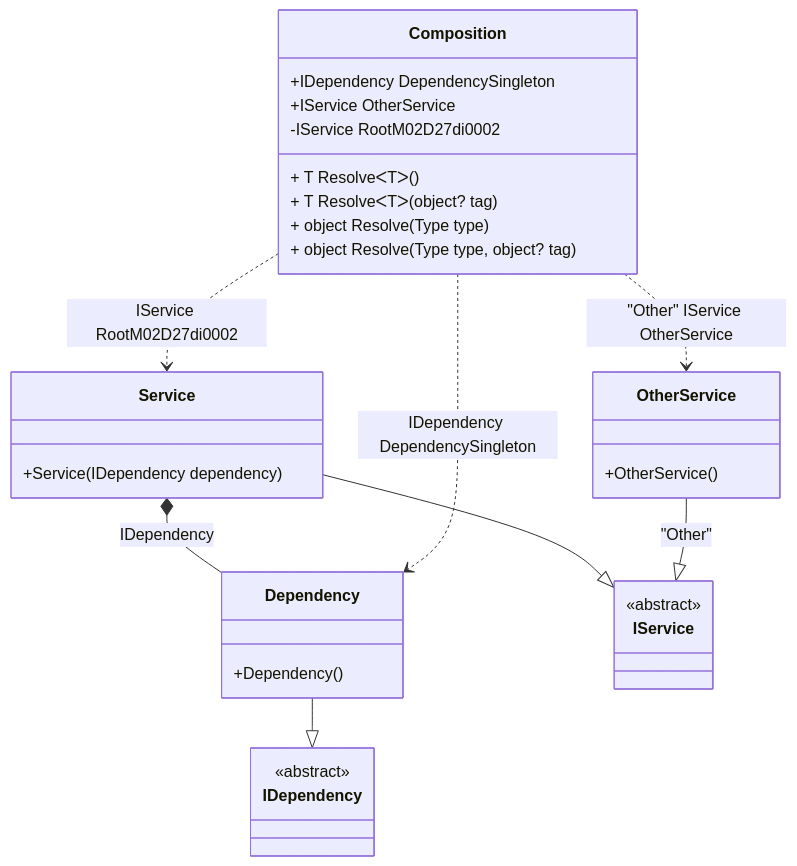
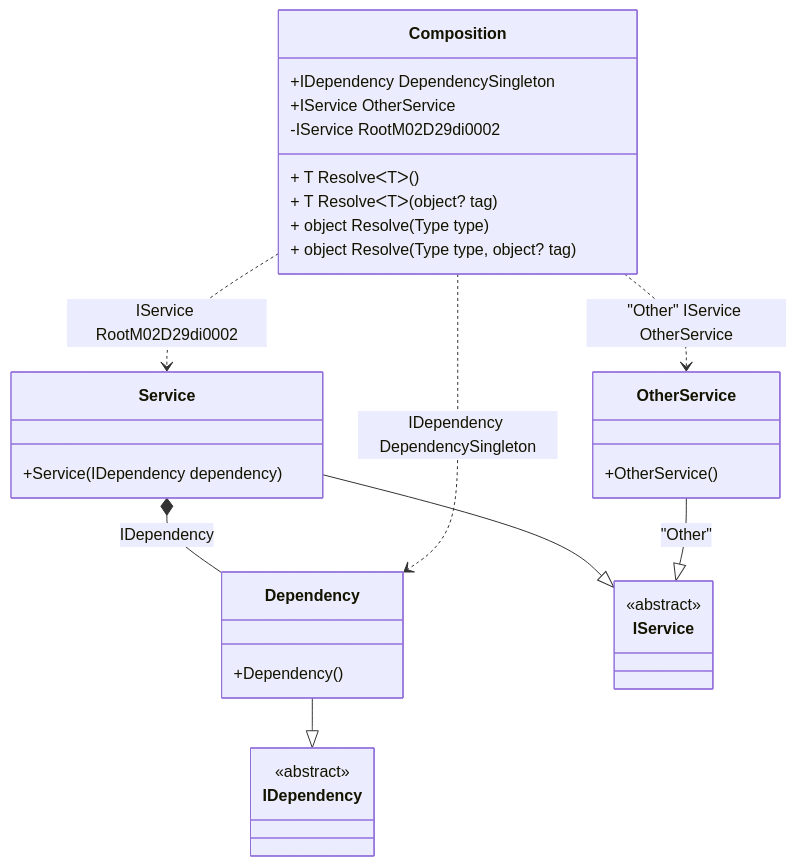
Before and after one commit to DevTeam/Pure.DI: the diagram in readme/resolve-methods.md, drawn with Mermaid. The commit also changed other lines of this file and 68 other files, not shown here.

````diff
--- a/readme/resolve-methods.md
+++ b/readme/resolve-methods.md
@@ -45,34 +45,34 @@
 ```mermaid
 classDiagram
   class Composition {
     +IDependency DependencySingleton
     +IService OtherService
-    -IService RootM02D27di0002
+    -IService RootM02D29di0002
     + T ResolveᐸTᐳ()
     + T ResolveᐸTᐳ(object? tag)
     + object Resolve(Type type)
     + object Resolve(Type type, object? tag)
   }
   Dependency --|> IDependency : 
   class Dependency {
     +Dependency()
   }
   Service --|> IService : 
   class Service {
     +Service(IDependency dependency)
   }
   OtherService --|> IService : "Other" 
   class OtherService {
     +OtherService()
   }
   class IDependency {
     <<abstract>>
   }
   class IService {
     <<abstract>>
   }
   Service *--  Dependency : IDependency
   Composition ..> Dependency : IDependency DependencySingleton
-  Composition ..> Service : IService RootM02D27di0002
+  Composition ..> Service : IService RootM02D29di0002
   Composition ..> OtherService : "Other" IService OtherService
 ```
````
